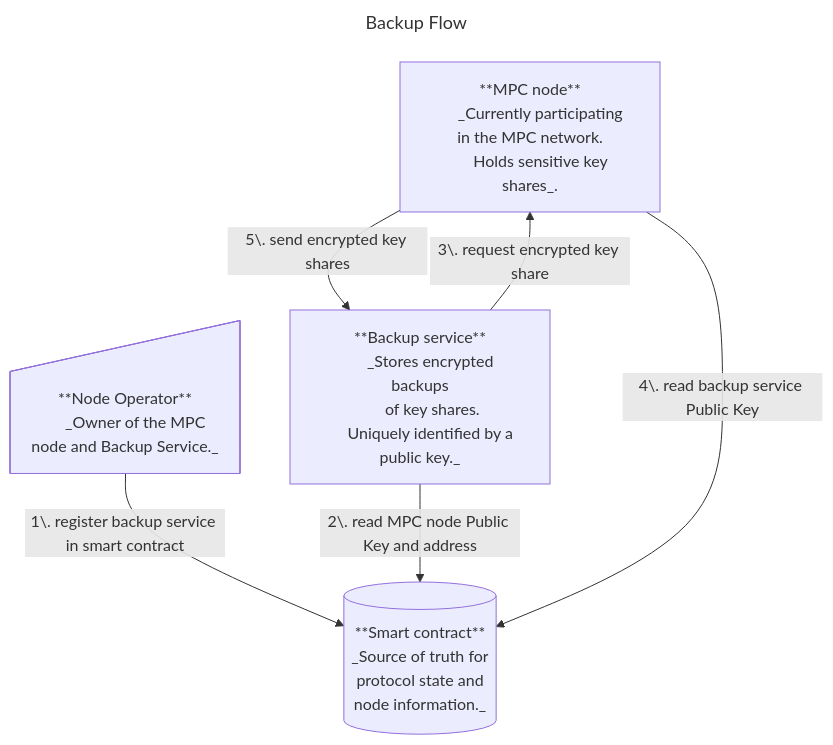
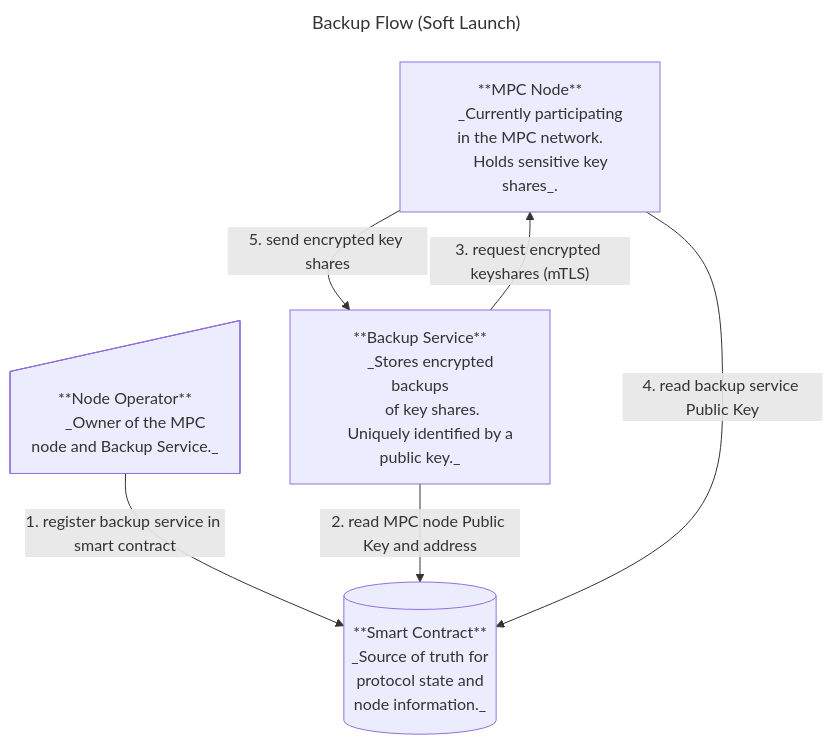
One commit to near/mpc changed the first of 4 diagrams in docs/migration-service.md. Above: the diagram before and after it, drawn with Mermaid. The commit also changed other lines of this file, not shown here.

First line of the commit message:
feat: Design TEE-enabled backup service

````diff
--- a/docs/migration-service.md
+++ b/docs/migration-service.md
@@ -46,42 +86,42 @@
 ```mermaid
 ---
-title: Backup Flow
+title: Backup Flow (Soft Launch)
 ---
 flowchart TD
 
     SC("
-      **Smart contract**
+      **Smart Contract**
       _Source of truth for
       protocol state and
       node information._
     ");
 
     MPC("
-      **MPC node**
+      **MPC Node**
       _Currently participating in the MPC network.
       Holds sensitive key shares_.
     ");
 
     BS("
-      **Backup service**
+      **Backup Service**
       _Stores encrypted backups
       of key shares.
       Uniquely identified by a public key._
     ");
 
     NO("
       **Node Operator**
       _Owner of the MPC node and Backup Service._
     ");
-    
-    NO -->|1\. register backup service in smart contract| SC;
-    BS -->|2\. read MPC node Public Key and address| SC;
-    BS --> |3\. request encrypted key share| MPC;
-    MPC -->|4\. read backup service Public Key | SC;
-    MPC -->|5\. send encrypted key shares | BS;
+
+    NO -->|"1. register backup service in smart contract"| SC;
+    BS -->|"2. read MPC node Public Key and address"| SC;
+    BS --> |"3. request encrypted keyshares (mTLS)"| MPC;
+    MPC -->|"4. read backup service Public Key"| SC;
+    MPC -->|"5. send encrypted key shares"| BS;
 
     NO@{ shape: manual-input}
     SC@{ shape: db}
     BS@{ shape: proc}
     MPC@{ shape: proc}
 ```
````
